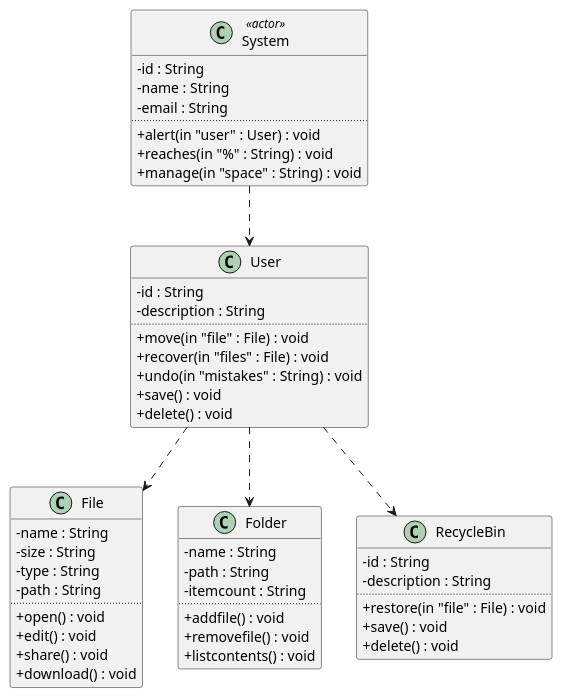
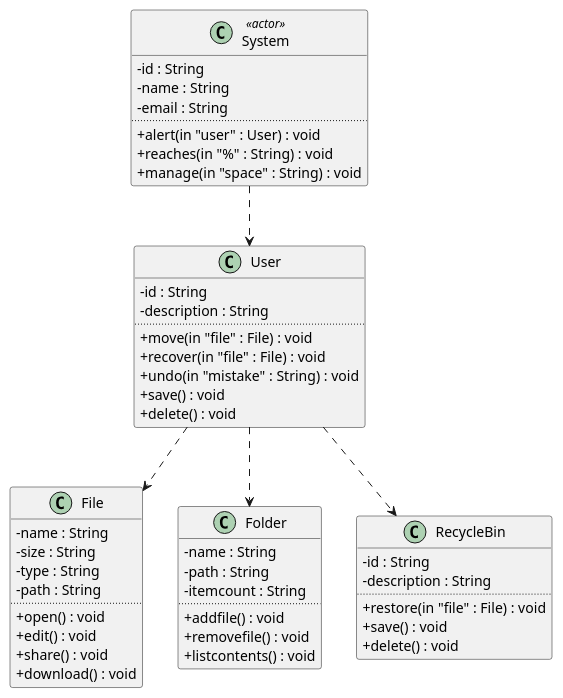
One commit to qamaruddin-qureshi/fyp-uml-diagram-generator changed the diagram in user_stories/golden_puml/class_test_Cloud_Storage_Management.puml. Above: the diagram before and after it, drawn with PlantUML. The commit also changed 7 other files, not shown here.

```diff
--- a/user_stories/golden_puml/class_test_Cloud_Storage_Management.puml
+++ b/user_stories/golden_puml/class_test_Cloud_Storage_Management.puml
@@ -1,54 +1,54 @@
 @startuml
 skinparam classAttributeIconSize 0
 class "System" as System <<actor>> {
   -id : String
   -name : String
   -email : String
   ..
   +alert(in "user" : User) : void
   +reaches(in "%" : String) : void
   +manage(in "space" : String) : void
 }
 class "User" as User  {
   -id : String
   -description : String
   ..
   +move(in "file" : File) : void
-  +recover(in "files" : File) : void
-  +undo(in "mistakes" : String) : void
+  +recover(in "file" : File) : void
+  +undo(in "mistake" : String) : void
   +save() : void
   +delete() : void
 }
 class "File" as File  {
   -name : String
   -size : String
   -type : String
   -path : String
   ..
   +open() : void
   +edit() : void
   +share() : void
   +download() : void
 }
 class "Folder" as Folder  {
   -name : String
   -path : String
   -itemcount : String
   ..
   +addfile() : void
   +removefile() : void
   +listcontents() : void
 }
 class "RecycleBin" as RecycleBin  {
   -id : String
   -description : String
   ..
   +restore(in "file" : File) : void
   +save() : void
   +delete() : void
 }
 System ..> User
 User ..> File
 User ..> Folder
 User ..> RecycleBin
 @enduml
```
